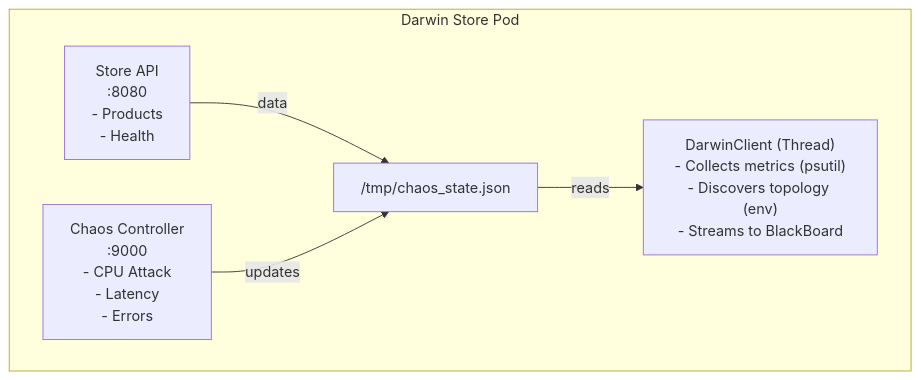
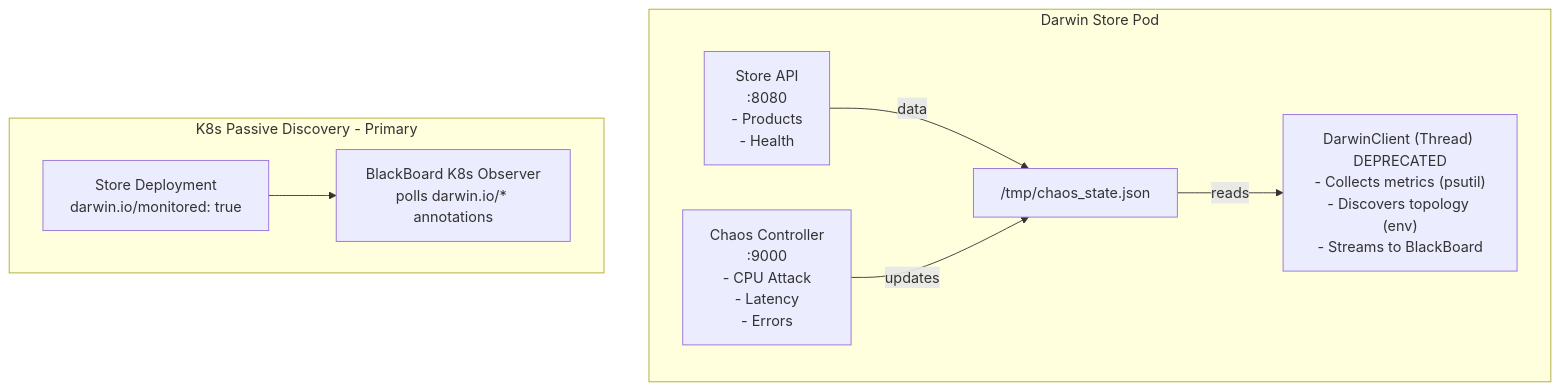
Before and after one commit to The-Darwin-Project/Store: the diagram in README.md, drawn with Mermaid. The commit also changed other lines of this file and 3 other files, not shown here.

Commit message:
docs: enhance README with service discovery details and deprecate DarwinClient; update Helm templates for Kubernetes annotations

````diff
--- a/README.md
+++ b/README.md
@@ -7,13 +20,19 @@
 ```mermaid
 flowchart TD
     subgraph Darwin_Store_Pod [Darwin Store Pod]
         StoreAPI["Store API<br/>:8080<br/>- Products<br/>- Health"]
         ChaosController["Chaos Controller<br/>:9000<br/>- CPU Attack<br/>- Latency<br/>- Errors"]
         ChaosState["/tmp/chaos_state.json"]
-        DarwinClient["DarwinClient (Thread)<br/>- Collects metrics (psutil)<br/>- Discovers topology (env)<br/>- Streams to BlackBoard"]
+        DarwinClient["DarwinClient (Thread) DEPRECATED<br/>- Collects metrics (psutil)<br/>- Discovers topology (env)<br/>- Streams to BlackBoard"]
 
         StoreAPI -- data --> ChaosState
         ChaosController -- updates --> ChaosState
         ChaosState -- reads --> DarwinClient
     end
+
+    subgraph K8s_Discovery [K8s Passive Discovery - Primary]
+        Observer["BlackBoard K8s Observer<br/>polls darwin.io/* annotations"]
+        Deployment["Store Deployment<br/>darwin.io/monitored: true"]
+        Deployment --> Observer
+    end
 ```
````
